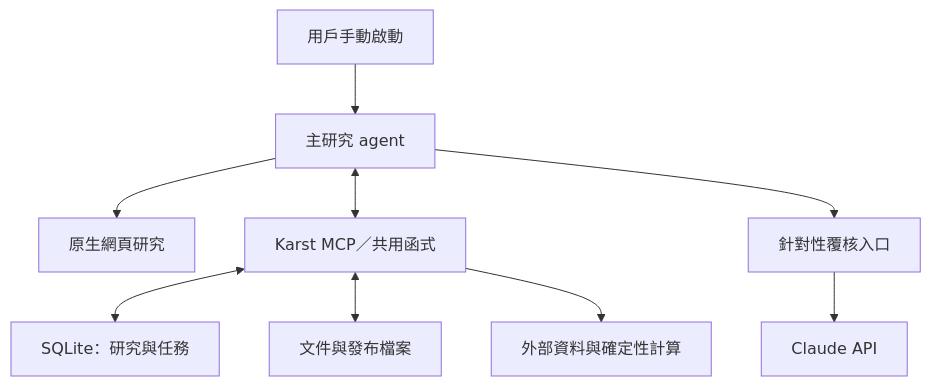
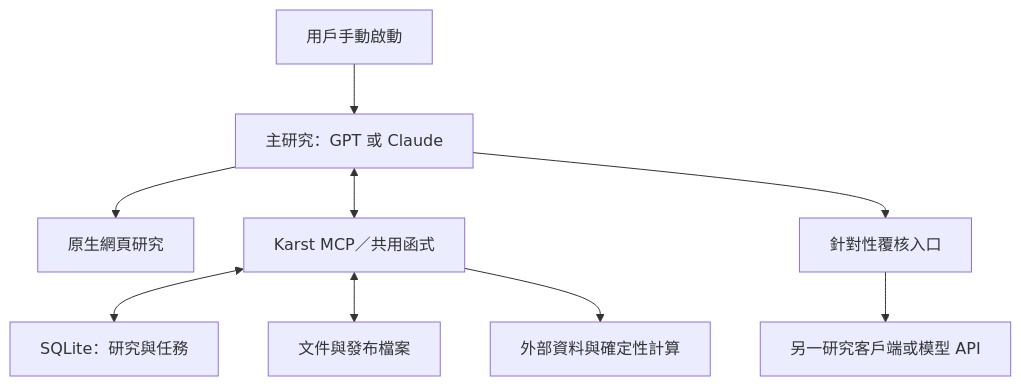
One commit to kkhcheng88/Karst changed the diagram in strategy/specs/主研究Agent與資料服務-執行計劃-v1.md. Above: the diagram before and after it, drawn with Mermaid. The commit also changed other lines of this file and 1 other file, not shown here.

````diff
--- a/strategy/specs/主研究Agent與資料服務-執行計劃-v1.md
+++ b/strategy/specs/主研究Agent與資料服務-執行計劃-v1.md
@@ -11,11 +13,11 @@
 ```mermaid
 flowchart TD
-    U["用戶手動啟動"] --> A["主研究 agent"]
+    U["用戶手動啟動"] --> A["主研究：GPT 或 Claude"]
     A --> W["原生網頁研究"]
     A <--> S["Karst MCP／共用函式"]
     S <--> D["SQLite：研究與任務"]
     S <--> F["文件與發布檔案"]
     S --> X["外部資料與確定性計算"]
     A --> R["針對性覆核入口"]
-    R --> C["Claude API"]
+    R --> C["另一研究客戶端或模型 API"]
 ```
````
